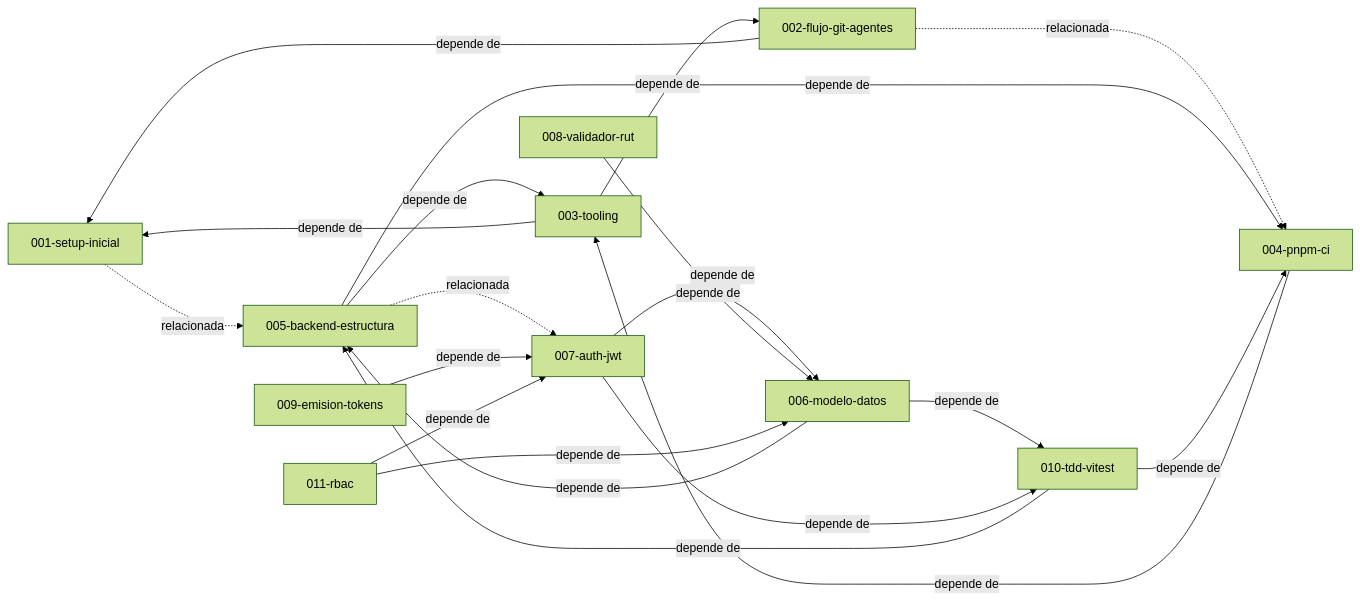
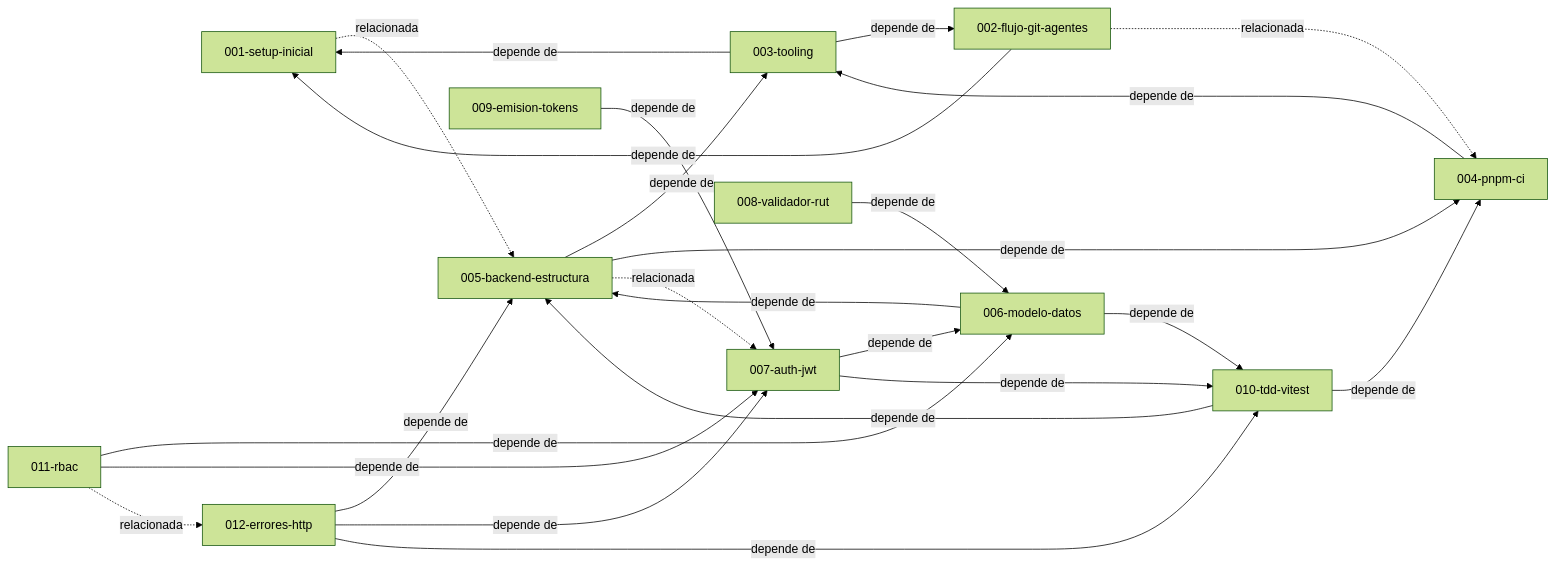
The diagram in docs/specs/README.md (DavidSlva/financial-risk-manager), drawn with Mermaid (forest theme) before and after one commit. The commit also changed other lines of this file and 22 other files, not shown here.

Commit message:
feat(012): mapa de errores HTTP en config y manejador de errores unico (TDD)

````diff
--- a/docs/specs/README.md
+++ b/docs/specs/README.md
@@ -23,33 +24,38 @@
 ```mermaid
 graph LR
   S001[001-setup-inicial]
   S002[002-flujo-git-agentes]
   S003[003-tooling]
   S004[004-pnpm-ci]
   S005[005-backend-estructura]
   S006[006-modelo-datos]
   S007[007-auth-jwt]
   S008[008-validador-rut]
   S009[009-emision-tokens]
   S010[010-tdd-vitest]
   S011[011-rbac]
+  S012[012-errores-http]
   S001 -.->|relacionada| S005
   S002 -->|depende de| S001
   S002 -.->|relacionada| S004
   S003 -->|depende de| S001
   S003 -->|depende de| S002
   S004 -->|depende de| S003
   S005 -->|depende de| S003
   S005 -->|depende de| S004
   S005 -.->|relacionada| S007
   S006 -->|depende de| S005
   S006 -->|depende de| S010
   S007 -->|depende de| S006
   S007 -->|depende de| S010
   S008 -->|depende de| S006
   S009 -->|depende de| S007
   S010 -->|depende de| S004
   S010 -->|depende de| S005
   S011 -->|depende de| S006
   S011 -->|depende de| S007
+  S011 -.->|relacionada| S012
+  S012 -->|depende de| S005
+  S012 -->|depende de| S007
+  S012 -->|depende de| S010
 ```
````
